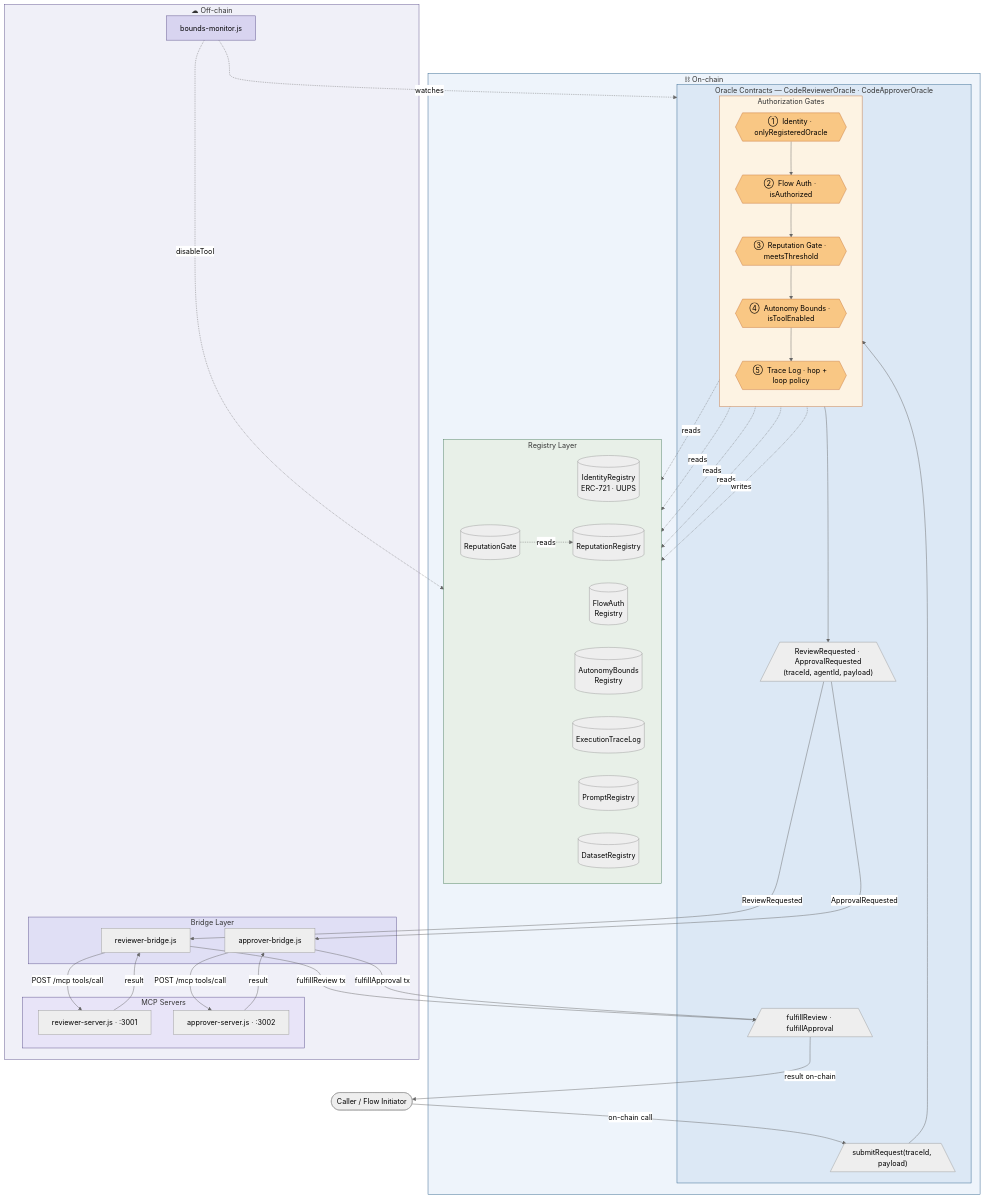
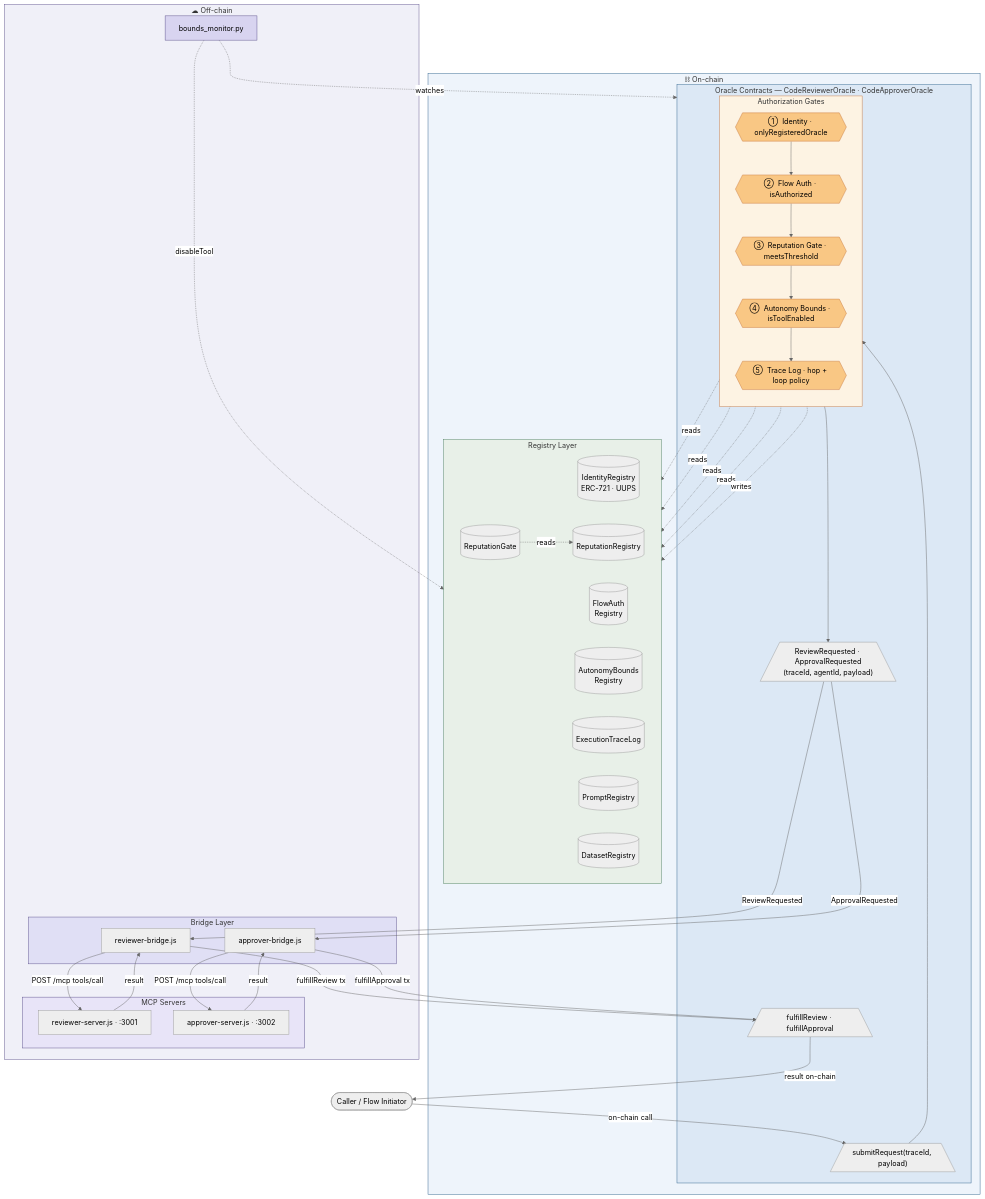
Before and after one commit to finos-labs/open-eago: the diagram in projects/mcp-8004-enterprise/design/architecture.mmd, drawn with Mermaid (neutral theme). The commit also changed 15 other files, not shown here.

```diff
--- a/projects/mcp-8004-enterprise/design/architecture.mmd
+++ b/projects/mcp-8004-enterprise/design/architecture.mmd
@@ -1,86 +1,86 @@
 flowchart TD
     CAL([Caller / Flow Initiator])
 
     subgraph CHAIN["⛓  On-chain"]
         subgraph ORACLE["Oracle Contracts — CodeReviewerOracle · CodeApproverOracle"]
             REQ[/"submitRequest(traceId, payload)"\]
 
             subgraph GATES["Authorization Gates"]
                 direction TB
                 G1{{①  Identity · onlyRegisteredOracle}}
                 G2{{②  Flow Auth · isAuthorized}}
                 G3{{③  Reputation Gate · meetsThreshold}}
                 G4{{④  Autonomy Bounds · isToolEnabled}}
                 G5{{⑤  Trace Log · hop + loop policy}}
                 G1 --> G2 --> G3 --> G4 --> G5
             end
 
             EVT[/"ReviewRequested · ApprovalRequested\n(traceId, agentId, payload)"\]
             FUL[/"fulfillReview · fulfillApproval"\]
         end
 
         subgraph REGS["Registry Layer"]
             direction LR
             IR[(IdentityRegistry\nERC-721 · UUPS)]
             FAR[(FlowAuth\nRegistry)]
             RG[(ReputationGate)]
             ABR[(AutonomyBounds\nRegistry)]
             ETL[(ExecutionTraceLog)]
             RR[(ReputationRegistry)]
             PR[(PromptRegistry)]
             DR[(DatasetRegistry)]
         end
     end
 
     subgraph OFFCHAIN["☁  Off-chain"]
         subgraph BRIDGES["Bridge Layer"]
             RB[reviewer-bridge.js]
             AB[approver-bridge.js]
         end
-        BM[bounds-monitor.js]
+        BM[bounds_monitor.py]
         subgraph SERVERS["MCP Servers"]
             RS["reviewer-server.js · :3001"]
             AS["approver-server.js · :3002"]
         end
     end
 
     CAL -->|on-chain call| REQ
     REQ --> G1
     G5 --> EVT
 
     EVT -->|ReviewRequested| RB
     EVT -->|ApprovalRequested| AB
 
     RB -->|POST /mcp tools/call| RS
     AB -->|POST /mcp tools/call| AS
 
     RS -->|result| RB
     AS -->|result| AB
 
     RB -->|fulfillReview tx| FUL
     AB -->|fulfillApproval tx| FUL
     FUL -->|result on-chain| CAL
 
     G1 -.->|reads| IR
     G2 -.->|reads| FAR
     G3 -.->|reads| RG
     G4 -.->|reads| ABR
     G5 -.->|writes| ETL
     RG -.->|reads| RR
 
     BM -.->|watches| ORACLE
     BM -.->|disableTool| ABR
 
     style CHAIN fill:#eef4fb,stroke:#2c5f8a
     style ORACLE fill:#dce8f5,stroke:#2c5f8a
     style GATES fill:#fdf3e3,stroke:#c87941
     style REGS fill:#e8f0e8,stroke:#4a7c59
     style OFFCHAIN fill:#f0f0f8,stroke:#5a4e8a
     style BRIDGES fill:#e0dff5,stroke:#5a4e8a
     style SERVERS fill:#e8e4f8,stroke:#5a4e8a
     style G1 fill:#f9c784,stroke:#c87941
     style G2 fill:#f9c784,stroke:#c87941
     style G3 fill:#f9c784,stroke:#c87941
     style G4 fill:#f9c784,stroke:#c87941
     style G5 fill:#f9c784,stroke:#c87941
     style BM fill:#d8d4f0,stroke:#5a4e8a
```
